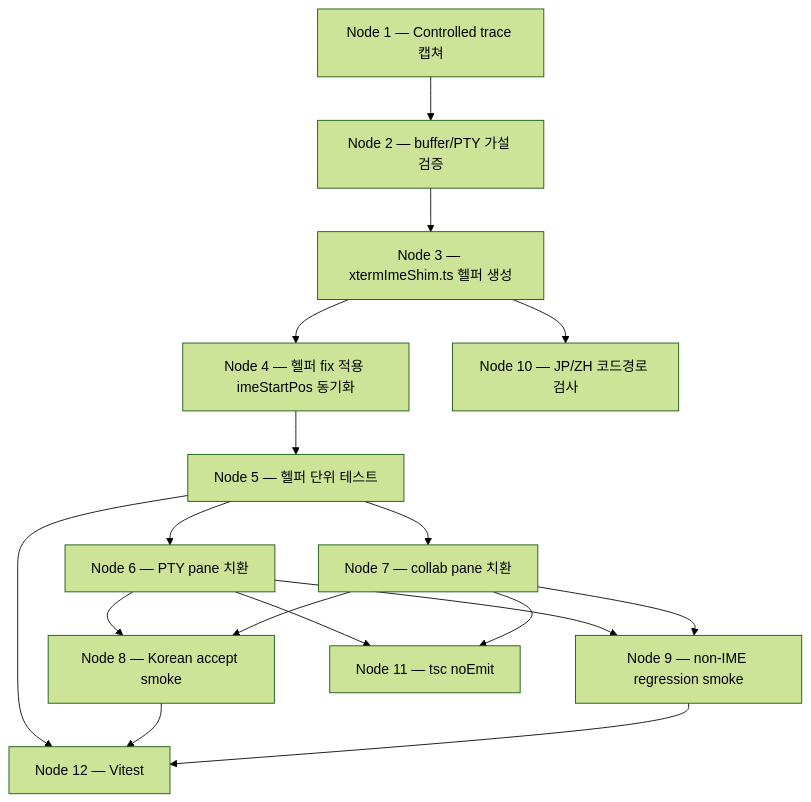
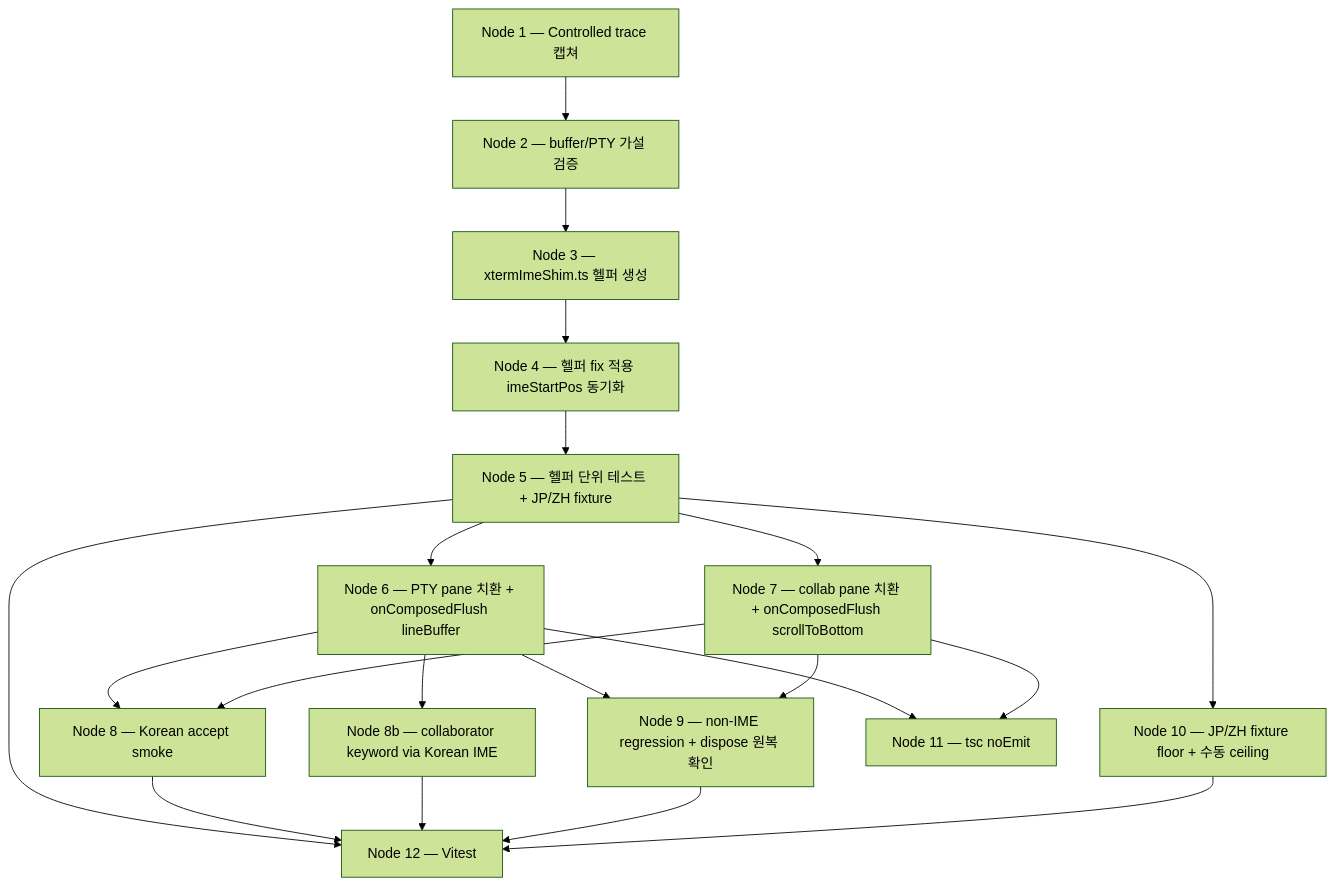
One commit to yes506/canvas-terminal changed the diagram in plan.md. Above: the diagram before and after it, drawn with Mermaid (forest theme). The commit also changed other lines of this file and 1 other file, not shown here.

````diff
--- a/plan.md
+++ b/plan.md
@@ -84,32 +85,36 @@
 ```mermaid
 flowchart TD
   N1[Node 1 — Controlled trace 캡쳐]
   N2[Node 2 — buffer/PTY 가설 검증]
   N3[Node 3 — xtermImeShim.ts 헬퍼 생성]
   N4[Node 4 — 헬퍼 fix 적용 imeStartPos 동기화]
-  N5[Node 5 — 헬퍼 단위 테스트]
-  N6[Node 6 — PTY pane 치환]
-  N7[Node 7 — collab pane 치환]
+  N5[Node 5 — 헬퍼 단위 테스트 + JP/ZH fixture]
+  N6[Node 6 — PTY pane 치환 + onComposedFlush lineBuffer]
+  N7[Node 7 — collab pane 치환 + onComposedFlush scrollToBottom]
   N8[Node 8 — Korean accept smoke]
-  N9[Node 9 — non-IME regression smoke]
-  N10[Node 10 — JP/ZH 코드경로 검사]
+  N8b[Node 8b — collaborator keyword via Korean IME]
+  N9[Node 9 — non-IME regression + dispose 원복 확인]
+  N10[Node 10 — JP/ZH fixture floor + 수동 ceiling]
   N11[Node 11 — tsc noEmit]
   N12[Node 12 — Vitest]
 
   N1 --> N2
   N2 --> N3
   N3 --> N4
   N4 --> N5
   N5 --> N6
   N5 --> N7
   N6 --> N8
   N7 --> N8
+  N6 --> N8b
   N6 --> N9
   N7 --> N9
-  N3 --> N10
+  N5 --> N10
   N6 --> N11
   N7 --> N11
   N5 --> N12
   N8 --> N12
+  N8b --> N12
   N9 --> N12
+  N10 --> N12
 ```
````
